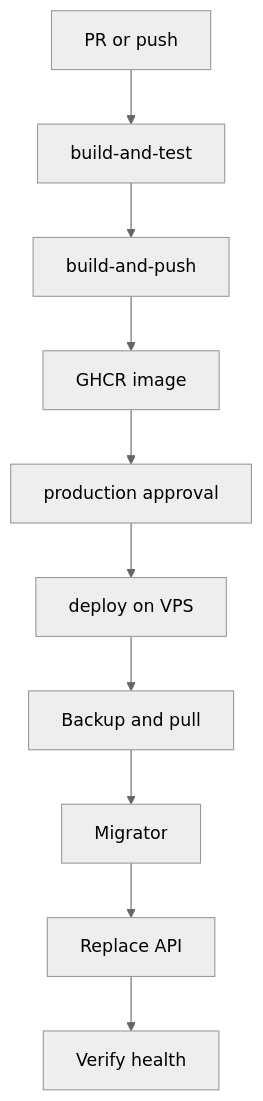
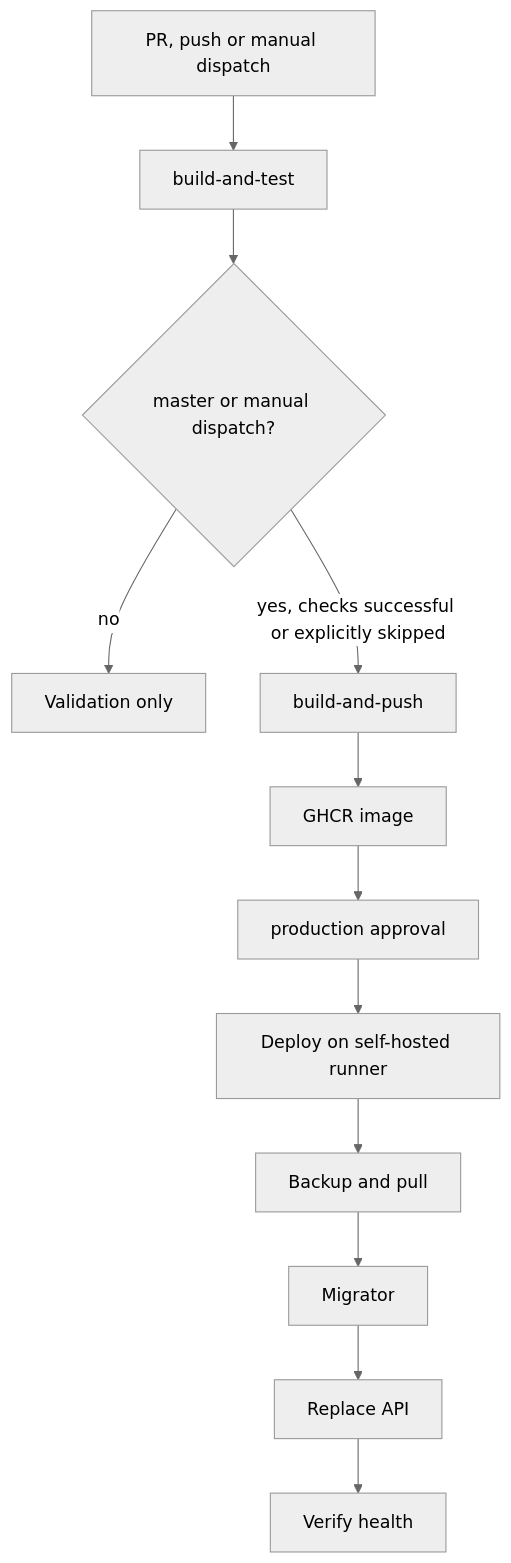
Before and after one commit to mhasabalah/StarterKit: the diagram in wiki/deployment/CI-CD.md, drawn with Mermaid (neutral theme). The commit also changed 152 other files, not shown here.

Commit message:
feat(docs): add Fumadocs V2 and standardize diagrams

````diff
--- a/wiki/deployment/CI-CD.md
+++ b/wiki/deployment/CI-CD.md
@@ -25,12 +25,15 @@
 ```mermaid
 flowchart TB
-  E[PR or push] --> T[build-and-test]
-  T --> B[build-and-push]
+  accTitle: How it works
+  accDescr: Only eligible master or manual runs publish and deploy; production reviewers gate the VPS job.
+  E[PR, push or manual dispatch] --> T[build-and-test]
+  T --> G{master or manual dispatch?}
+  G -->|no| V[Validation only]
+  G -->|yes, checks successful or explicitly skipped| B[build-and-push]
   B --> I[GHCR image]
-  I --> G[production approval]
-  G --> D[deploy on VPS]
+  I --> P[production approval]
+  P --> D[Deploy on self-hosted runner]
   D --> K[Backup and pull]
-  K --> M[Migrator]
-  M --> A[Replace API]
-  A --> H[Verify health]
+  K --> M[Migrator] --> A[Replace API] --> H[Verify health]
+  class E,T,G,V,B,I,P,D,K,M,A,H infrastructure
 ```
````
